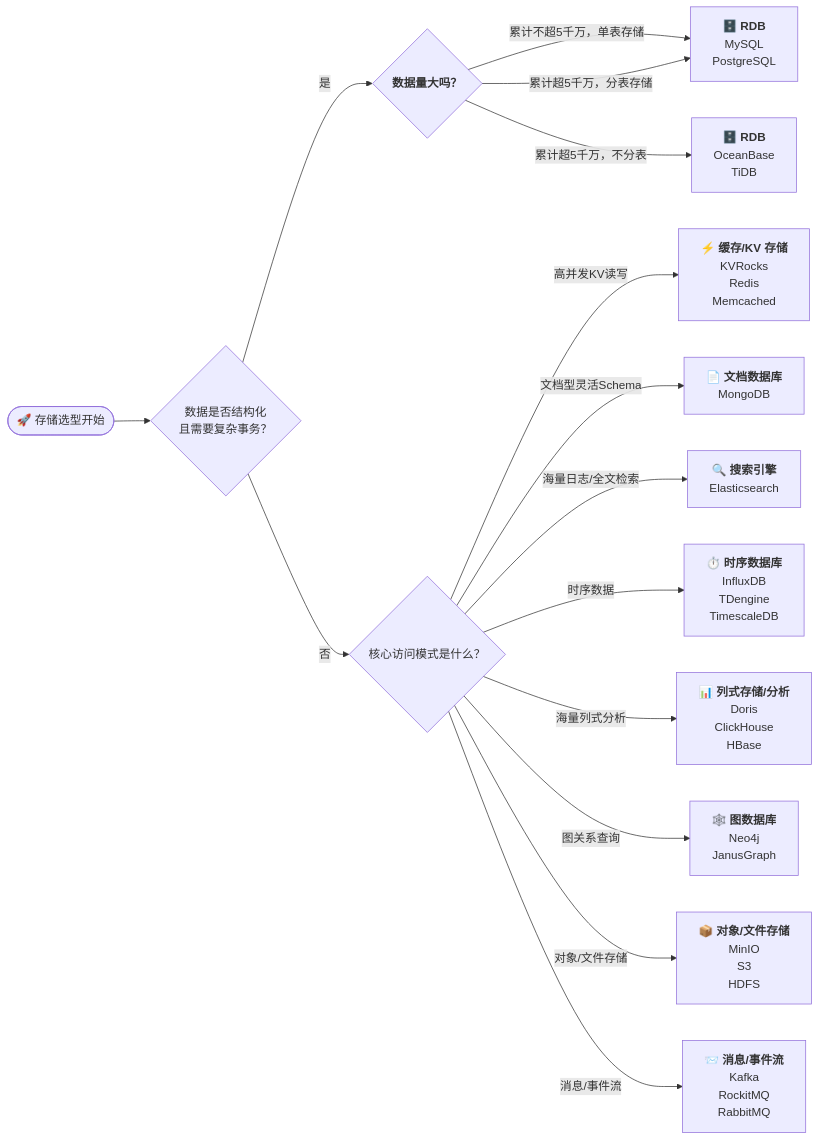
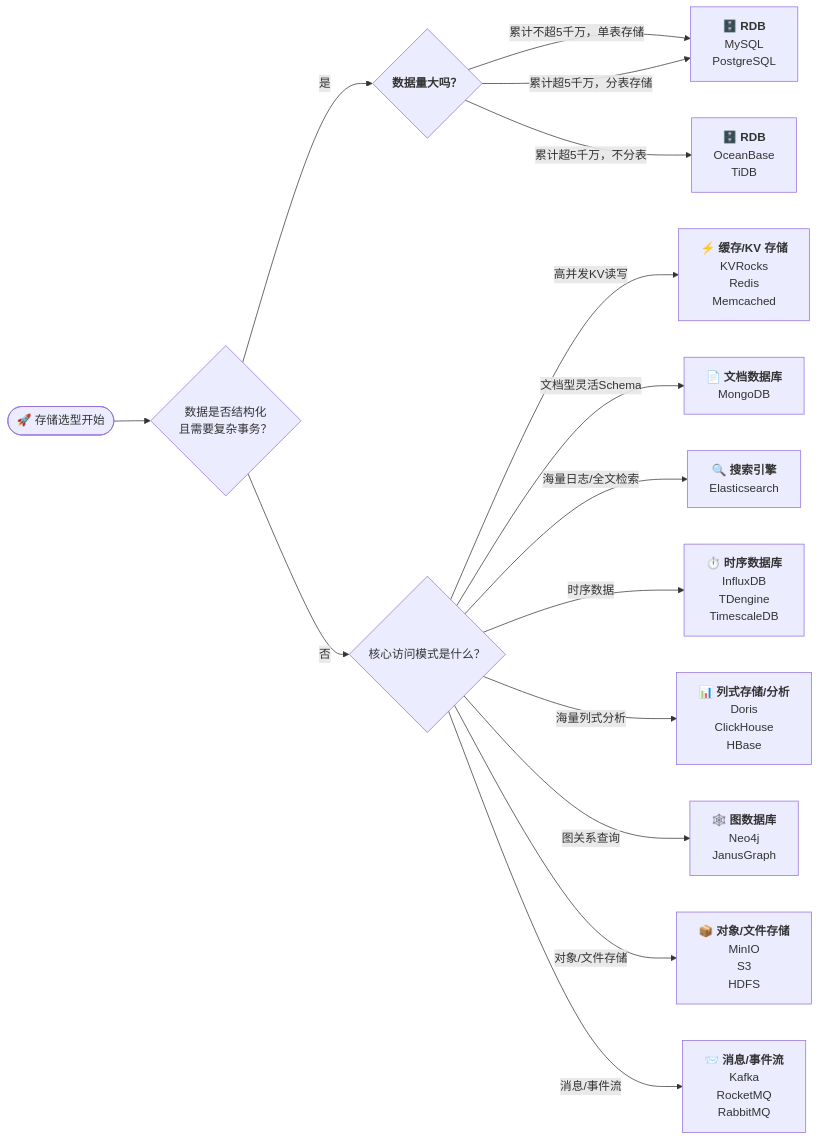
The fourth of 5 diagrams in agent/skills/sdx-architect/assets/asd-template.md (oleewen/ai-knowledge), drawn with Mermaid before and after one commit. The commit also changed other lines of this file and 15 other files, not shown here.

First line of the commit message:
docs(sdx-architect): 更新架构设计文档以增强清晰度与一致性

````diff
--- a/agent/skills/sdx-architect/assets/asd-template.md
+++ b/agent/skills/sdx-architect/assets/asd-template.md
@@ -89,20 +89,20 @@
 ```mermaid
 flowchart LR
     Start(["🚀 存储选型开始"]) --> Q1{"数据是否结构化<br/>且需要复杂事务？"}
 
     Q1 -->|"是"| Q3{"<b>数据量大吗？</b>"}
 		Q3-->|"累计不超5千万，单表存储"|SQL["🗄️ <b>RDB</b><br/>MySQL<br/>PostgreSQL"]
 		Q3-->|"累计超5千万，分表存储"|SQL
 		Q3-->|"累计超5千万，不分表"|OB["🗄️ <b>RDB</b><br/>OceanBase<br/>TiDB"]
 
     Q1 -->|"否"| Q2{"核心访问模式是什么？"}
 
     Q2 -->|"高并发KV读写"| A_KV["⚡ <b>缓存/KV 存储</b><br/>KVRocks<br/>Redis<br/>Memcached"]
     Q2 -->|"文档型灵活Schema"| A_DOC["📄 <b>文档数据库</b><br/>MongoDB"]
     Q2 -->|"海量日志/全文检索"| A_LOG["🔍 <b>搜索引擎</b><br/>Elasticsearch"]
     Q2 -->|"时序数据"| A_TS["⏱️ <b>时序数据库</b><br/>InfluxDB<br/>TDengine<br/>TimescaleDB"]
     Q2 -->|"海量列式分析"| A_COL["📊 <b>列式存储/分析</b><br/>Doris<br/>ClickHouse<br/>HBase"]
     Q2 -->|"图关系查询"| A_GRAPH["🕸️ <b>图数据库</b><br/>Neo4j<br/>JanusGraph"]
     Q2 -->|"对象/文件存储"| A_OBJ["📦 <b>对象/文件存储</b><br/>MinIO<br/>S3<br/>HDFS"]
-    Q2 -->|"消息/事件流"| A_MSG["📨 <b>消息/事件流</b><br/>Kafka<br/>RockitMQ<br/>RabbitMQ"]
+    Q2 -->|"消息/事件流"| A_MSG["📨 <b>消息/事件流</b><br/>Kafka<br/>RocketMQ<br/>RabbitMQ"]
 ```
````
